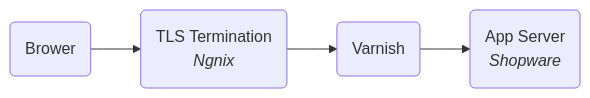
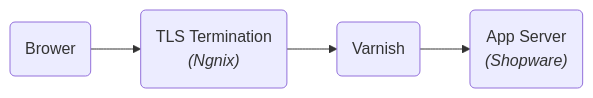
The diagram in guides/hosting/infrastructure/reverse-http-cache.md (shopware/docs), drawn with Mermaid before and after one commit. The commit also changed 11 other files, not shown here.

````diff
--- a/guides/hosting/infrastructure/reverse-http-cache.md
+++ b/guides/hosting/infrastructure/reverse-http-cache.md
@@ -27,8 +27,8 @@
 ```mermaid
 flowchart LR
     A(Brower) -->B("`TLS Termination
-    _Ngnix_`")
+    _(Ngnix)_`")
     B --> C(Varnish)
     C -->D("`App Server
-    _Shopware_`")
+    _(Shopware)_`")
 ```
````
